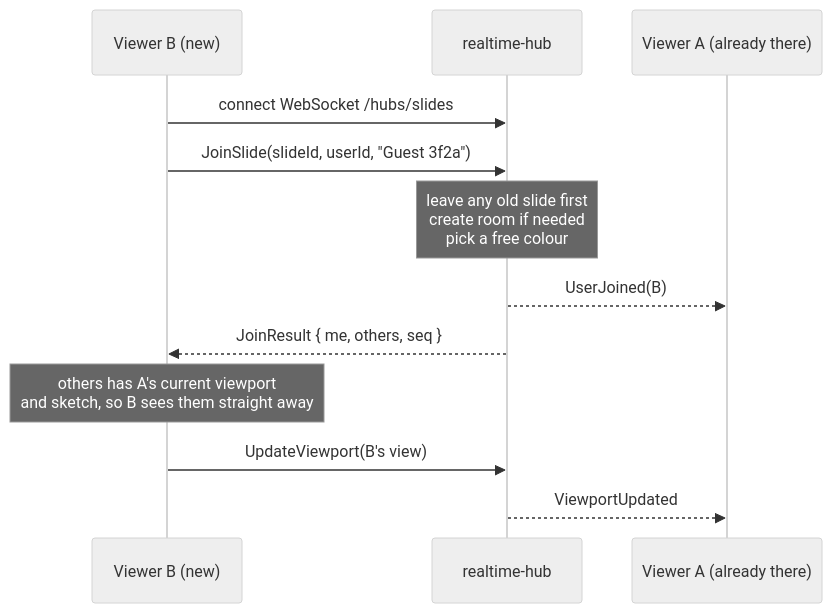
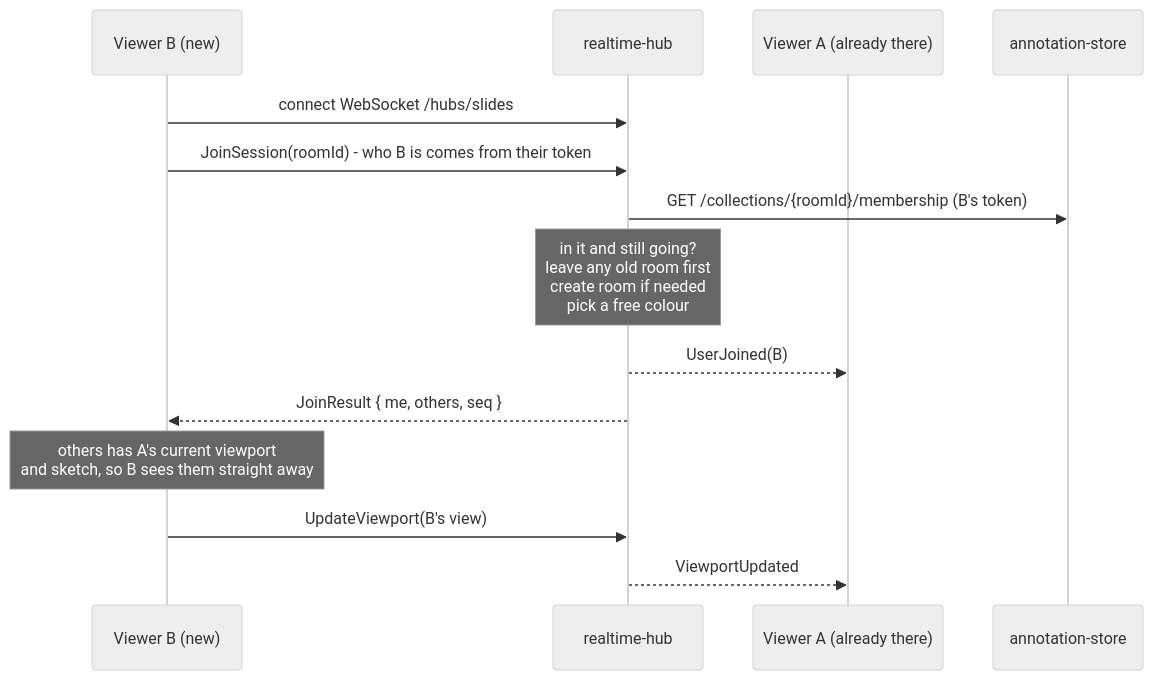
One commit to ewanhmack05/Diss-Project changed the second of 5 diagrams in docs/breakdown/realtime-hub.md. Above: the diagram before and after it, drawn with Mermaid (neutral theme). The commit also changed other lines of this file and 101 other files, not shown here.

````diff
--- a/docs/breakdown/realtime-hub.md
+++ b/docs/breakdown/realtime-hub.md
@@ -155,14 +159,16 @@
 ```mermaid
 sequenceDiagram
   participant B as Viewer B (new)
   participant H as realtime-hub
   participant A as Viewer A (already there)
+  participant S as annotation-store
   B->>H: connect WebSocket /hubs/slides
-  B->>H: JoinSlide(slideId, userId, "Guest 3f2a")
-  Note over H: leave any old slide first<br/>create room if needed<br/>pick a free colour
+  B->>H: JoinSession(roomId) - who B is comes from their token
+  H->>S: GET /collections/{roomId}/membership (B's token)
+  Note over H: in it and still going?<br/>leave any old room first<br/>create room if needed<br/>pick a free colour
   H-->>A: UserJoined(B)
   H-->>B: JoinResult { me, others, seq }
   Note over B: others has A's current viewport<br/>and sketch, so B sees them straight away
   B->>H: UpdateViewport(B's view)
   H-->>A: ViewportUpdated
 ```
````
